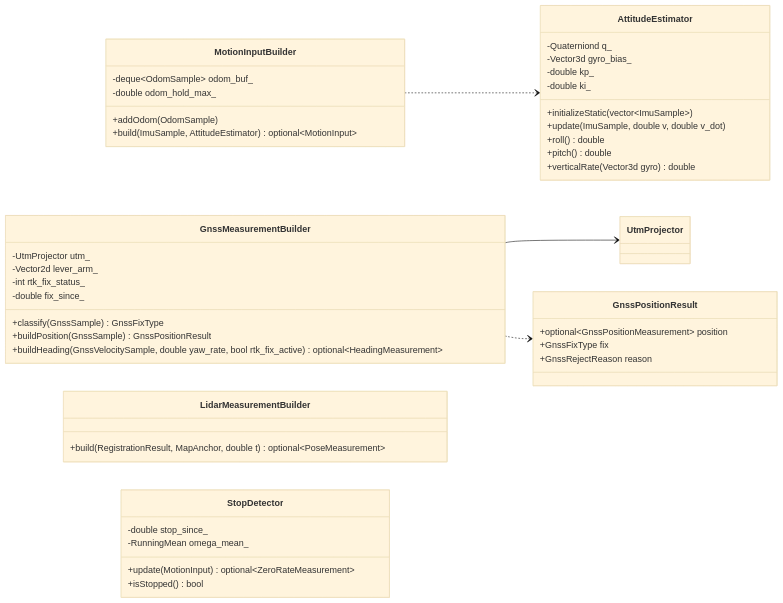
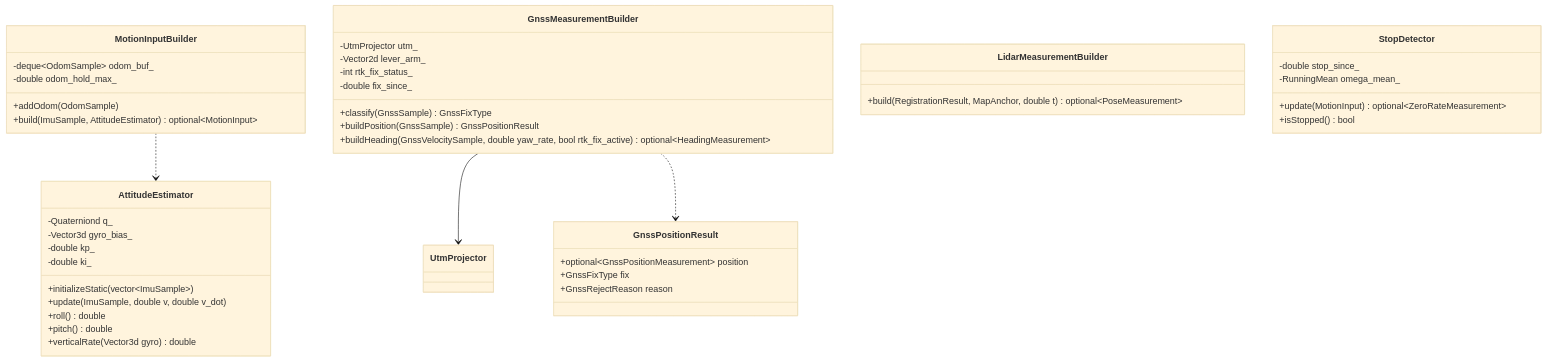
The eighth of 14 diagrams in docs/architecture.md (mamoru1126/gnss_and_lidar_localization), drawn with Mermaid (base theme) before and after one commit. The commit also changed other lines of this file and 2 other files, not shown here.

First line of the commit message:
docs: GitHub 上での数式・Mermaid 図の表示崩れを修正

````diff
--- a/docs/architecture.md
+++ b/docs/architecture.md
@@ -559,50 +553,49 @@
 ```mermaid
 classDiagram
-  direction LR
 
   class AttitudeEstimator {
     -Quaterniond q_
     -Vector3d gyro_bias_
     -double kp_
     -double ki_
     +initializeStatic(vector~ImuSample~)
     +update(ImuSample, double v, double v_dot)
     +roll() double
     +pitch() double
     +verticalRate(Vector3d gyro) double
   }
   class MotionInputBuilder {
     -deque~OdomSample~ odom_buf_
     -double odom_hold_max_
     +addOdom(OdomSample)
     +build(ImuSample, AttitudeEstimator) optional~MotionInput~
   }
   class GnssMeasurementBuilder {
     -UtmProjector utm_
     -Vector2d lever_arm_
     -int rtk_fix_status_
     -double fix_since_
     +classify(GnssSample) GnssFixType
     +buildPosition(GnssSample) GnssPositionResult
     +buildHeading(GnssVelocitySample, double yaw_rate, bool rtk_fix_active) optional~HeadingMeasurement~
   }
   class GnssPositionResult {
     +optional~GnssPositionMeasurement~ position
     +GnssFixType fix
     +GnssRejectReason reason
   }
   class LidarMeasurementBuilder {
     +build(RegistrationResult, MapAnchor, double t) optional~PoseMeasurement~
   }
   class StopDetector {
     -double stop_since_
     -RunningMean omega_mean_
     +update(MotionInput) optional~ZeroRateMeasurement~
     +isStopped() bool
   }
   class UtmProjector
 
   GnssMeasurementBuilder --> UtmProjector
   GnssMeasurementBuilder ..> GnssPositionResult
   MotionInputBuilder ..> AttitudeEstimator
 ```
````
